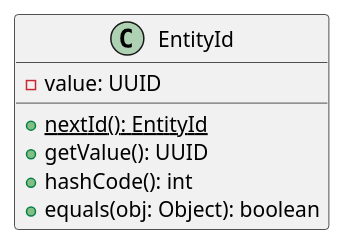
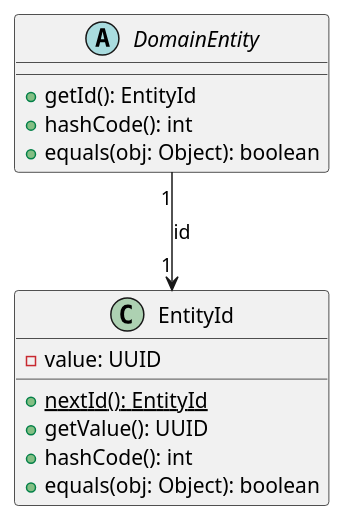
The diagram in docs/diagrams/patterns/Identity-field.puml (SWEN900072021/2Pizzas), drawn with PlantUML before and after one commit. The commit also changed 4 other files, not shown here.

```diff
--- a/docs/diagrams/patterns/Identity-field.puml
+++ b/docs/diagrams/patterns/Identity-field.puml
@@ -1,11 +1,19 @@
 @startuml identity field
 
 class EntityId {
   - value: UUID
   + {static} nextId(): EntityId
   + getValue(): UUID
   + hashCode(): int
   + equals(obj: Object): boolean
 }
 
+abstract class DomainEntity {
+  + getId(): EntityId
+  + hashCode(): int
+  + equals(obj: Object): boolean
+}
+
+DomainEntity "1"-->"1" EntityId: id
+
 @enduml
```
